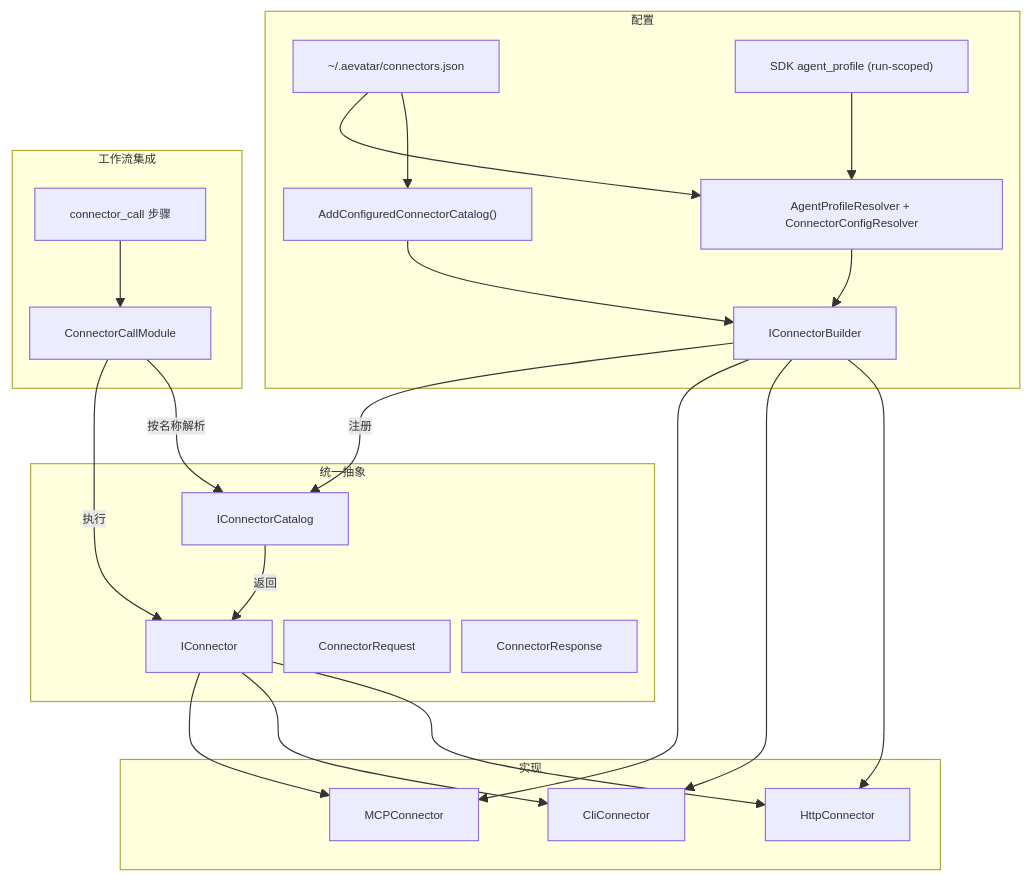
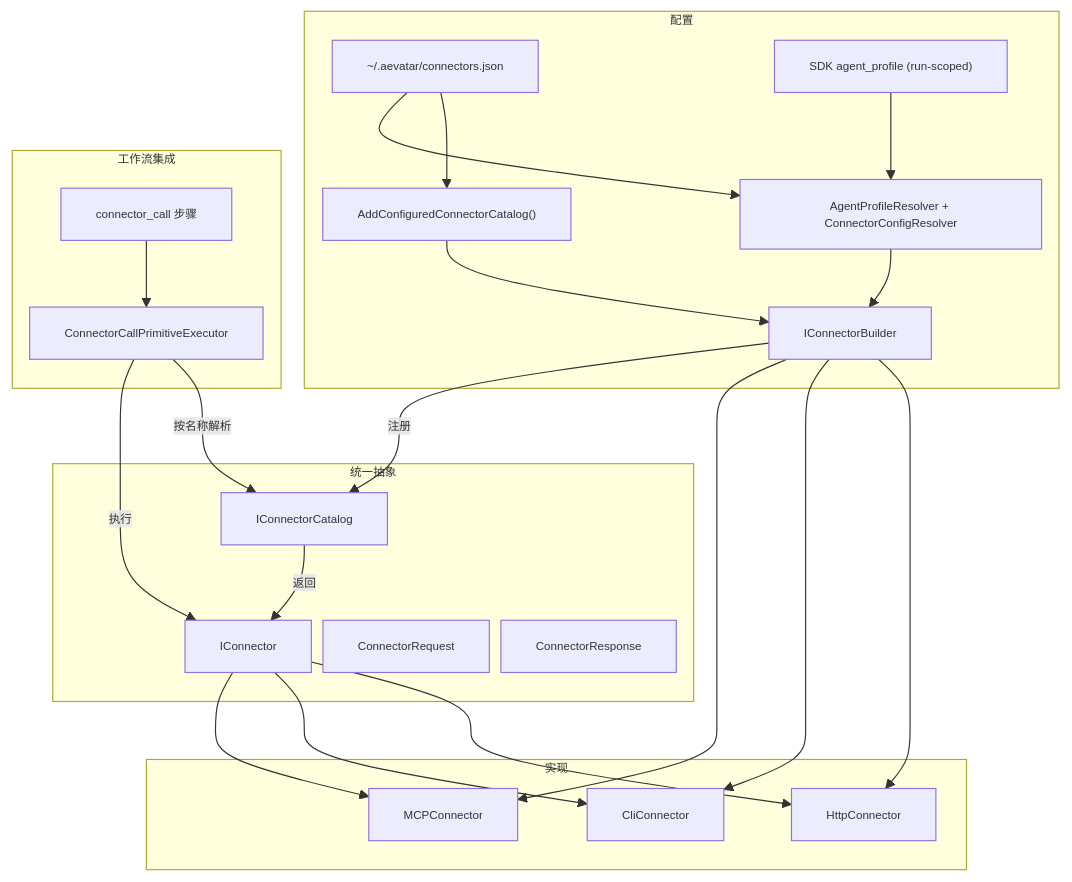
Before and after one commit to aevatarAI/aevatar: the eighth of 19 diagrams in docs/architecture/AEVATAR_MAINNET_ARCHITECTURE.md, drawn with Mermaid. The commit also changed other lines of this file and 167 other files, not shown here.

````diff
--- a/docs/architecture/AEVATAR_MAINNET_ARCHITECTURE.md
+++ b/docs/architecture/AEVATAR_MAINNET_ARCHITECTURE.md
@@ -418,42 +418,42 @@
 ```mermaid
 %%{init: {"maxTextSize": 100000, "flowchart": {"useMaxWidth": false, "nodeSpacing": 10, "rankSpacing": 50}, "themeVariables": {"fontSize": "10px"}}}%%
 flowchart TB
     subgraph abstraction ["统一抽象"]
         IC["IConnector"]
         Req["ConnectorRequest"]
         Resp["ConnectorResponse"]
         Reg["IConnectorCatalog"]
     end
 
     subgraph impls ["实现"]
         HTTP["HttpConnector"]
         CLI["CliConnector"]
         MCP["MCPConnector"]
     end
 
     subgraph config ["配置"]
         JSON["~/.aevatar/connectors.json"]
         APROFILE["SDK agent_profile (run-scoped)"]
         MERGE["AgentProfileResolver + ConnectorConfigResolver"]
         Builder["IConnectorBuilder"]
         Bootstrap["AddConfiguredConnectorCatalog()"]
     end
 
     subgraph workflow_int ["工作流集成"]
-        CCM["ConnectorCallModule"]
+        CCM["ConnectorCallPrimitiveExecutor"]
         YAML["connector_call 步骤"]
     end
 
     IC --> HTTP & CLI & MCP
     JSON --> Bootstrap
     Bootstrap --> Builder
     APROFILE --> MERGE
     JSON --> MERGE
     MERGE --> Builder
     Builder --> HTTP & CLI & MCP
     Builder -->|"注册"| Reg
     YAML --> CCM
     CCM -->|"按名称解析"| Reg
     Reg -->|"返回"| IC
     CCM -->|"执行"| IC
 ```
````
